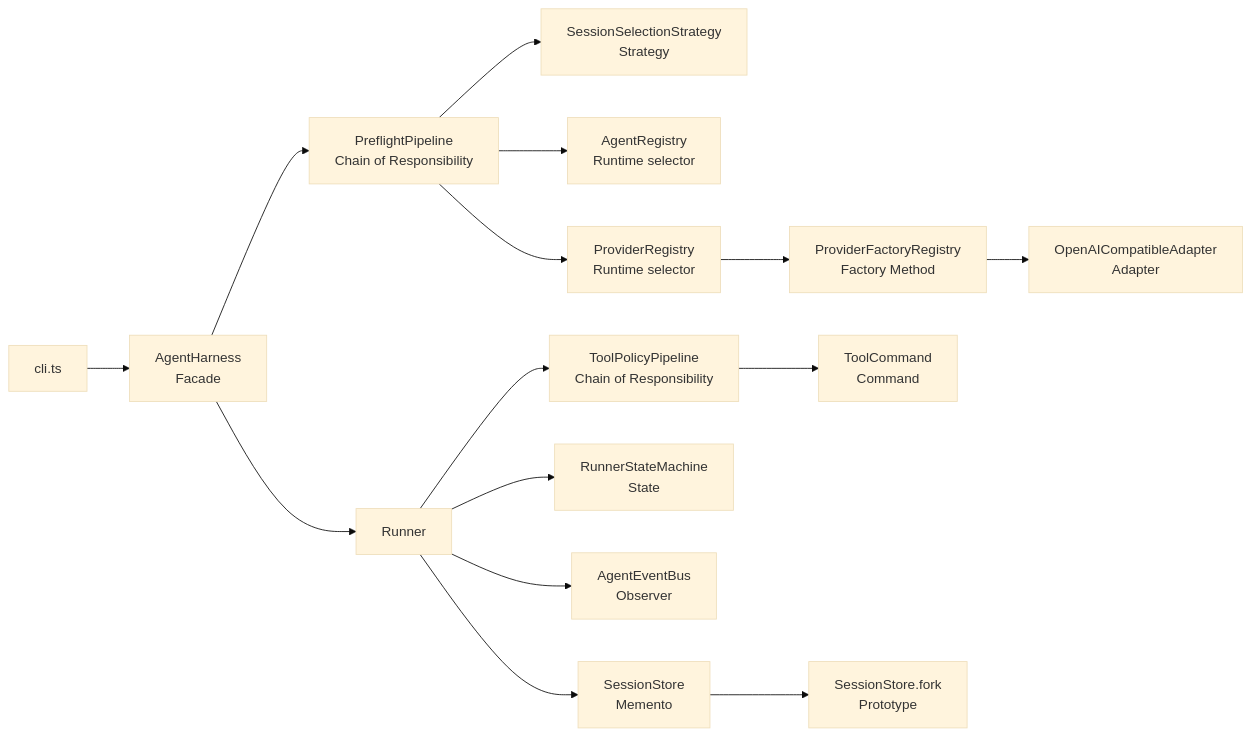
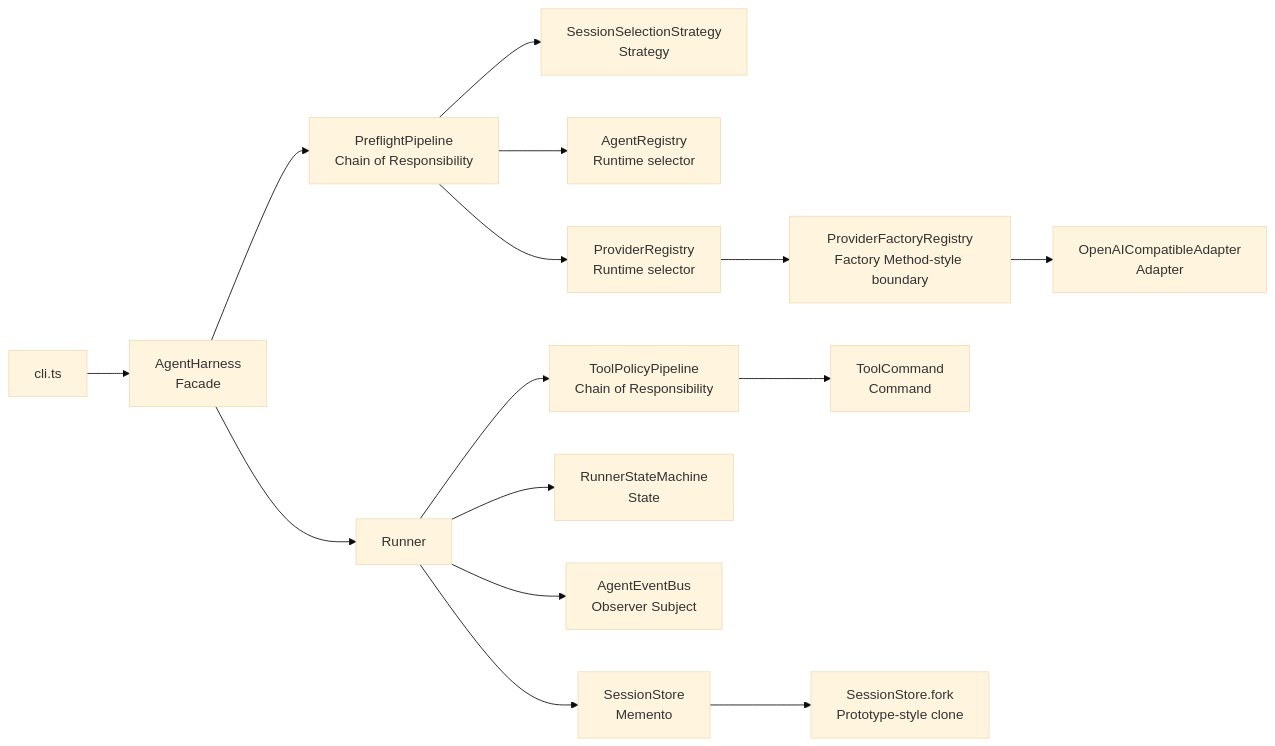
Before and after one commit to LoudlyDawn2108/fantasticcode: the tenth of 11 diagrams in fantasticcode-development-document.md, drawn with Mermaid (base theme). The commit also changed other lines of this file, not shown here.

````diff
--- a/fantasticcode-development-document.md
+++ b/fantasticcode-development-document.md
@@ -842,17 +842,17 @@
 ```mermaid
 flowchart LR
   CLI["cli.ts"] --> F["AgentHarness<br/>Facade"]
   F --> PF["PreflightPipeline<br/>Chain of Responsibility"]
   PF --> SS["SessionSelectionStrategy<br/>Strategy"]
   PF --> AR["AgentRegistry<br/>Runtime selector"]
   PF --> PR["ProviderRegistry<br/>Runtime selector"]
-  PR --> PFR["ProviderFactoryRegistry<br/>Factory Method"]
+  PR --> PFR["ProviderFactoryRegistry<br/>Factory Method-style boundary"]
   PFR --> AD["OpenAICompatibleAdapter<br/>Adapter"]
   F --> R[Runner]
   R --> TP["ToolPolicyPipeline<br/>Chain of Responsibility"]
   TP --> TC["ToolCommand<br/>Command"]
   R --> SM["RunnerStateMachine<br/>State"]
-  R --> EB["AgentEventBus<br/>Observer"]
+  R --> EB["AgentEventBus<br/>Observer Subject"]
   R --> ST["SessionStore<br/>Memento"]
-  ST --> FK["SessionStore.fork<br/>Prototype"]
+  ST --> FK["SessionStore.fork<br/>Prototype-style clone"]
 ```
````
